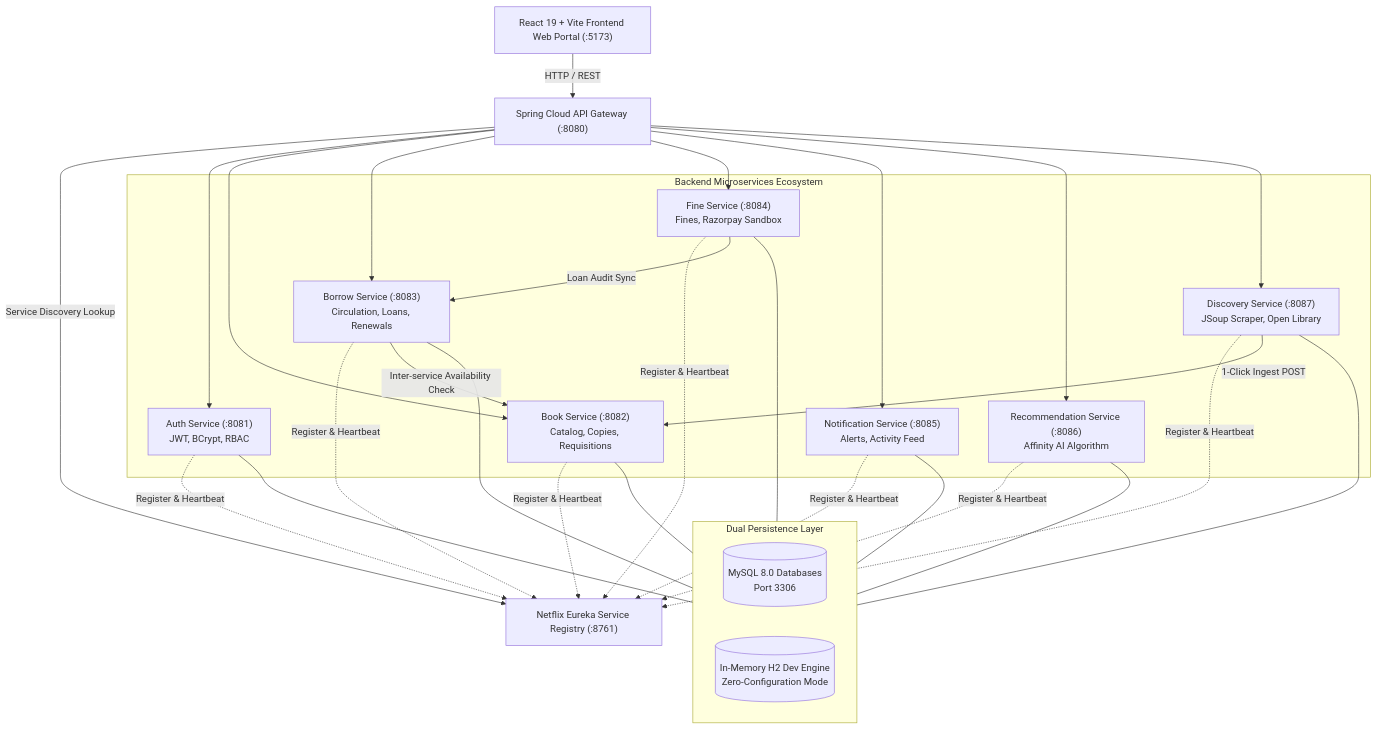
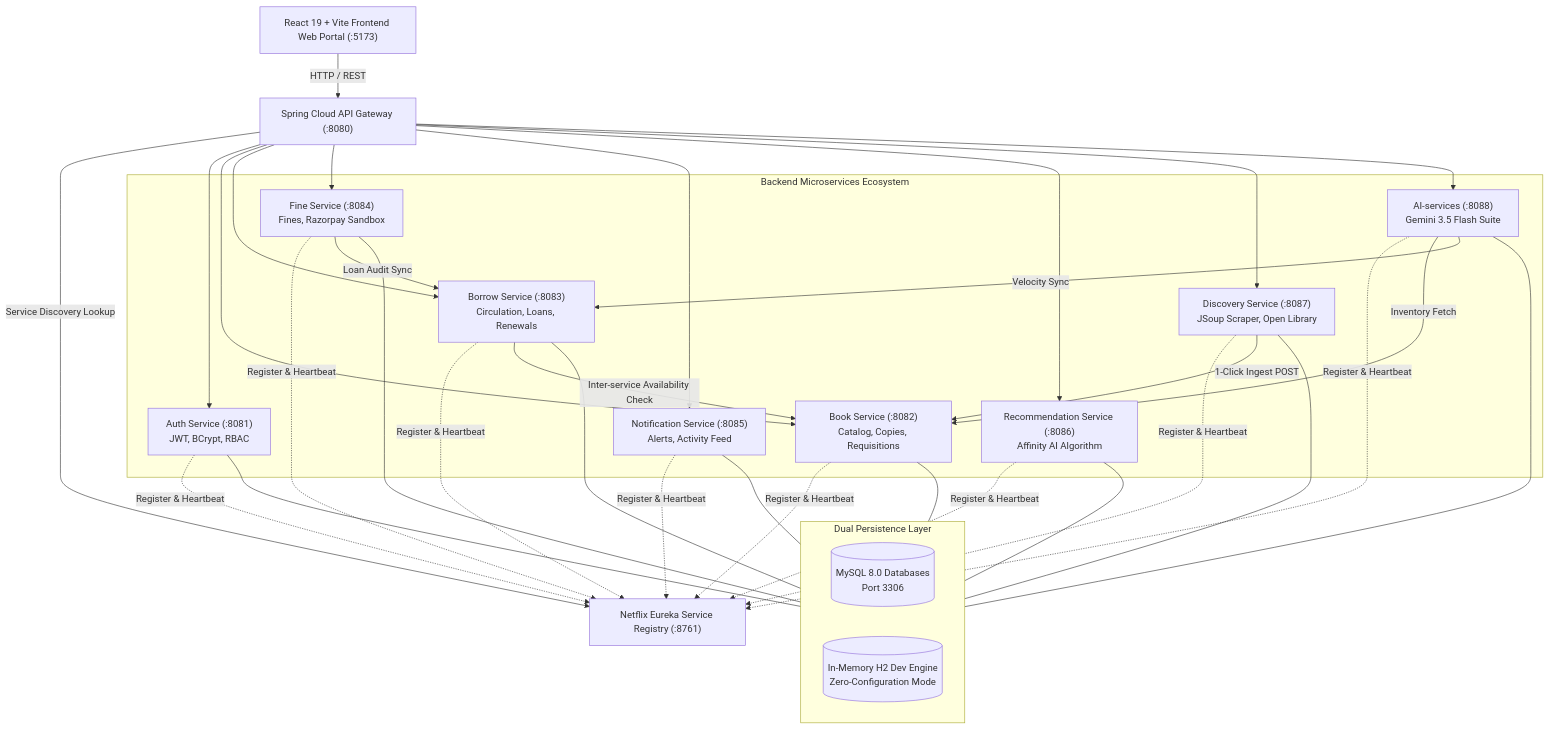
Before and after one commit to SuryaGanesh284/SOA-Project: the diagram in README.md, drawn with Mermaid. The commit also changed other lines of this file and 3 other files, not shown here.

Commit message:
Step 6: Dockerization, Batch Scripts, and 15/15 E2E Test Suite Update for AI Services

````diff
--- a/README.md
+++ b/README.md
@@ -19,52 +19,58 @@
 ```mermaid
 flowchart TD
     Client["React 19 + Vite Frontend Web Portal (:5173)"]
     Gateway["Spring Cloud API Gateway (:8080)"]
     Eureka["Netflix Eureka Service Registry (:8761)"]
 
     Client -->|HTTP / REST| Gateway
     Gateway -->|Service Discovery Lookup| Eureka
 
     subgraph CoreServices ["Backend Microservices Ecosystem"]
         Auth["Auth Service (:8081)<br/>JWT, BCrypt, RBAC"]
         Book["Book Service (:8082)<br/>Catalog, Copies, Requisitions"]
         Borrow["Borrow Service (:8083)<br/>Circulation, Loans, Renewals"]
         Fine["Fine Service (:8084)<br/>Fines, Razorpay Sandbox"]
         Notification["Notification Service (:8085)<br/>Alerts, Activity Feed"]
         Recommendation["Recommendation Service (:8086)<br/>Affinity AI Algorithm"]
         Discovery["Discovery Service (:8087)<br/>JSoup Scraper, Open Library"]
+        AIService["AI-services (:8088)<br/>Gemini 3.5 Flash Suite"]
     end
 
     Gateway --> Auth
     Gateway --> Book
     Gateway --> Borrow
     Gateway --> Fine
     Gateway --> Notification
     Gateway --> Recommendation
     Gateway --> Discovery
+    Gateway --> AIService
 
     Auth -.->|Register & Heartbeat| Eureka
     Book -.->|Register & Heartbeat| Eureka
     Borrow -.->|Register & Heartbeat| Eureka
     Fine -.->|Register & Heartbeat| Eureka
     Notification -.->|Register & Heartbeat| Eureka
     Recommendation -.->|Register & Heartbeat| Eureka
     Discovery -.->|Register & Heartbeat| Eureka
+    AIService -.->|Register & Heartbeat| Eureka
 
     Discovery -->|1-Click Ingest POST| Book
     Borrow -->|Inter-service Availability Check| Book
     Fine -->|Loan Audit Sync| Borrow
+    AIService -->|Inventory Fetch| Book
+    AIService -->|Velocity Sync| Borrow
 
     subgraph DataTier ["Dual Persistence Layer"]
         MySQL[("MySQL 8.0 Databases<br/>Port 3306")]
         H2[("In-Memory H2 Dev Engine<br/>Zero-Configuration Mode")]
     end
 
     Auth --- DataTier
     Book --- DataTier
     Borrow --- DataTier
     Fine --- DataTier
     Notification --- DataTier
     Recommendation --- DataTier
     Discovery --- DataTier
+    AIService --- DataTier
 ```
````
